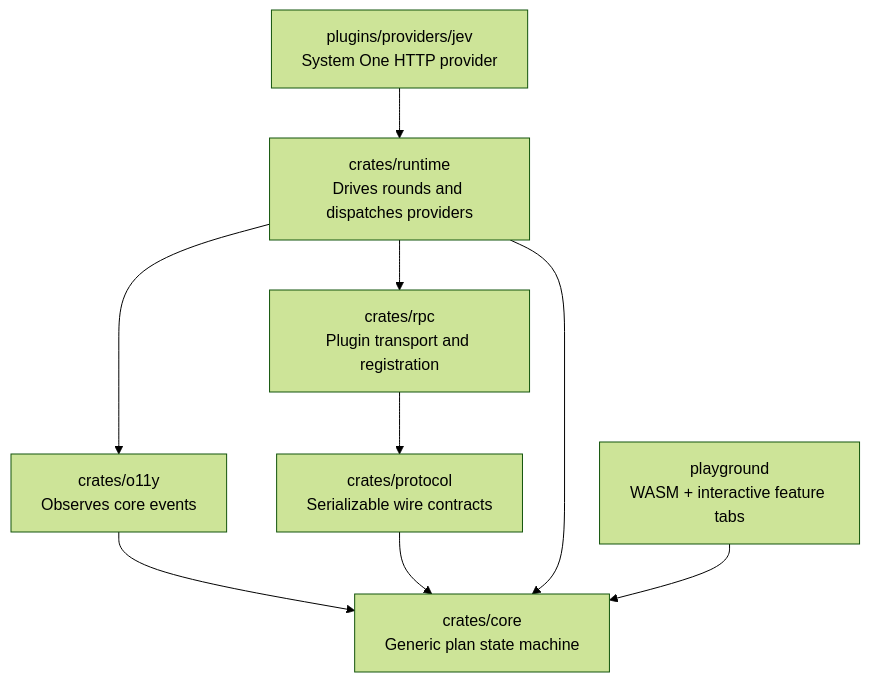
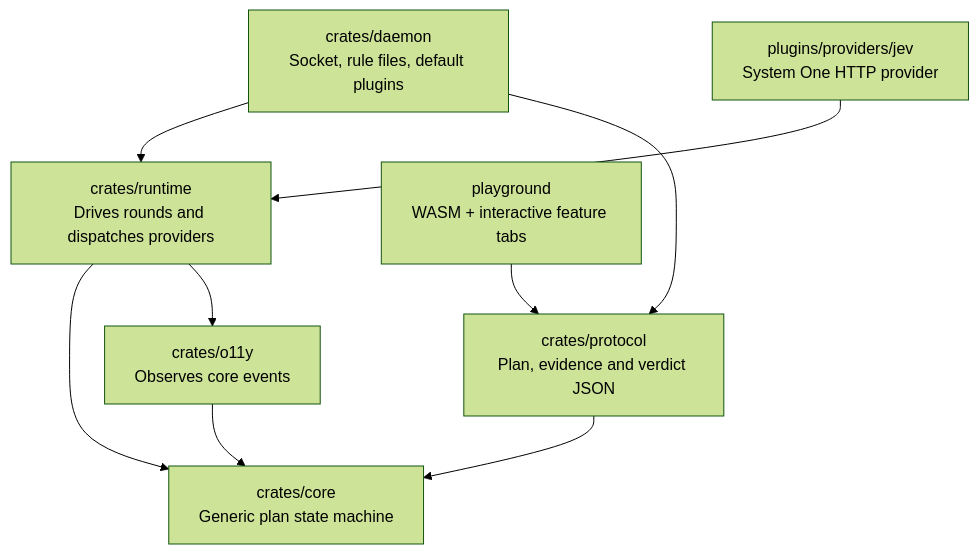
One commit to StevenJPx2/chauffeur changed the third of 5 diagrams in docs/plans/pluggability.md. Above: the diagram before and after it, drawn with Mermaid (forest theme). The commit also changed other lines of this file and 1 other file, not shown here.

First line of the commit message:
docs(plans): rule files in .chauffeur/ and chauffeur.run, without tokens

````diff
--- a/docs/plans/pluggability.md
+++ b/docs/plans/pluggability.md
@@ -92,12 +95,12 @@
 ```mermaid
 flowchart TB
     Core["crates/core<br/>Generic plan state machine"]
     O11y["crates/o11y<br/>Observes core events"] --> Core
-    Protocol["crates/protocol<br/>Serializable wire contracts"] --> Core
-    Rpc["crates/rpc<br/>Plugin transport and registration"] --> Protocol
+    Protocol["crates/protocol<br/>Plan, evidence and verdict JSON"] --> Core
     Runtime["crates/runtime<br/>Drives rounds and dispatches providers"] --> Core
     Runtime --> O11y
-    Runtime --> Rpc
+    Daemon["crates/daemon<br/>Socket, rule files, default plugins"] --> Runtime
+    Daemon --> Protocol
     Jev["plugins/providers/jev<br/>System One HTTP provider"] --> Runtime
-    Playground["playground<br/>WASM + interactive feature tabs"] --> Core
+    Playground["playground<br/>WASM + interactive feature tabs"] --> Protocol
 ```
````
